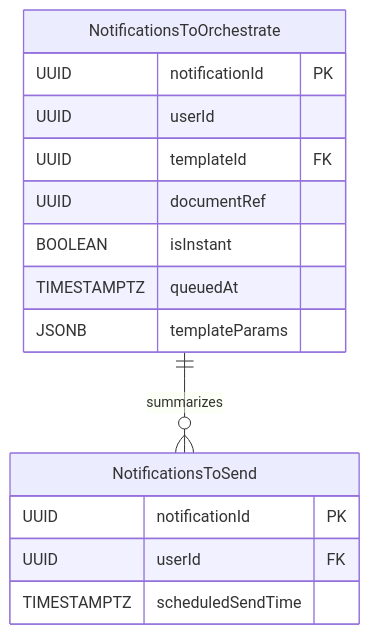
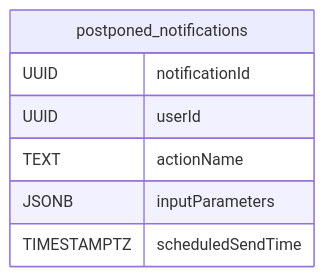
One commit to rasmusulriksen/BachelorsProject changed the second of 4 diagrams in Diagrams/ERDiagrams.md. Above: the diagram before and after it, drawn with Mermaid. The commit also changed other lines of this file and 2 other files, not shown here.

````diff
--- a/Diagrams/ERDiagrams.md
+++ b/Diagrams/ERDiagrams.md
@@ -37,21 +48,11 @@
 ```mermaid
 erDiagram
 
-    NotificationsToOrchestrate {
-        UUID notificationId PK
+    postponed_notifications {
+        UUID notificationId
         UUID userId
-        UUID templateId FK
-        UUID documentRef
-        BOOLEAN isInstant
-        TIMESTAMPTZ queuedAt
-        JSONB templateParams
-    }
-
-    NotificationsToSend {
-        UUID notificationId PK
-        UUID userId FK
+        TEXT actionName
+        JSONB inputParameters
         TIMESTAMPTZ scheduledSendTime
     }
-
-    NotificationsToOrchestrate ||--o{ NotificationsToSend: "summarizes"
 ```
````
